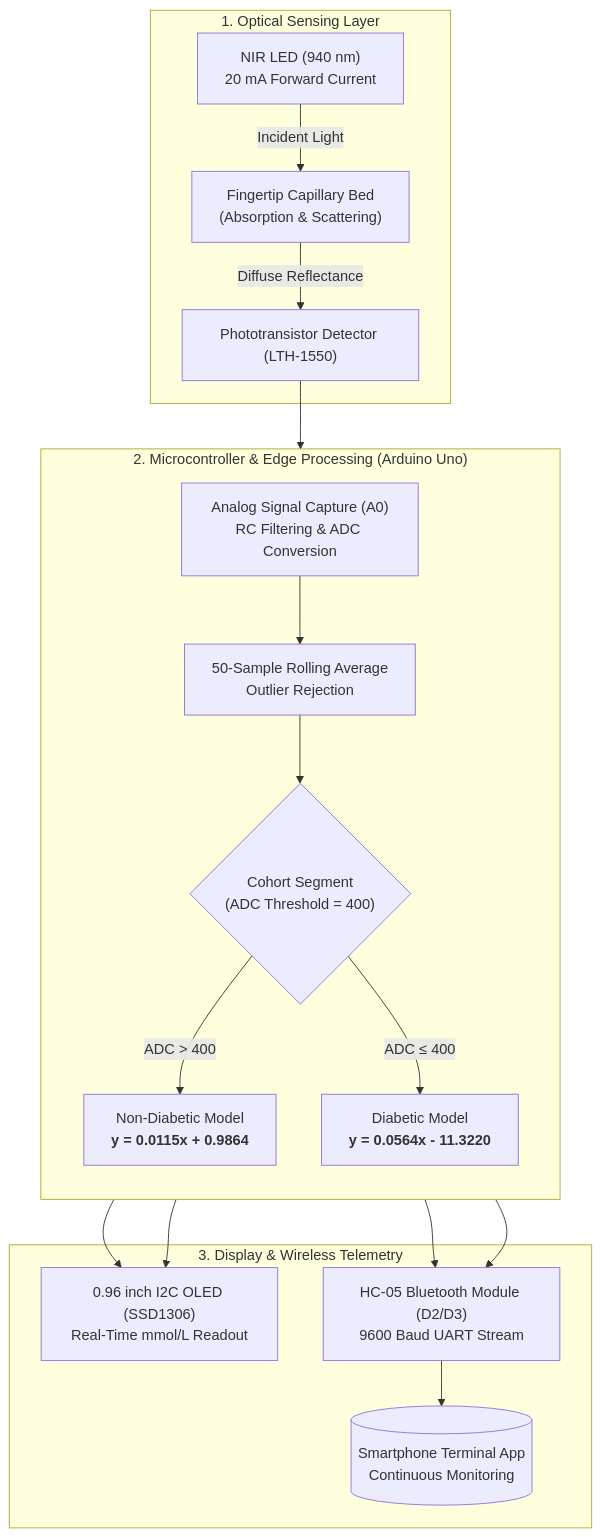
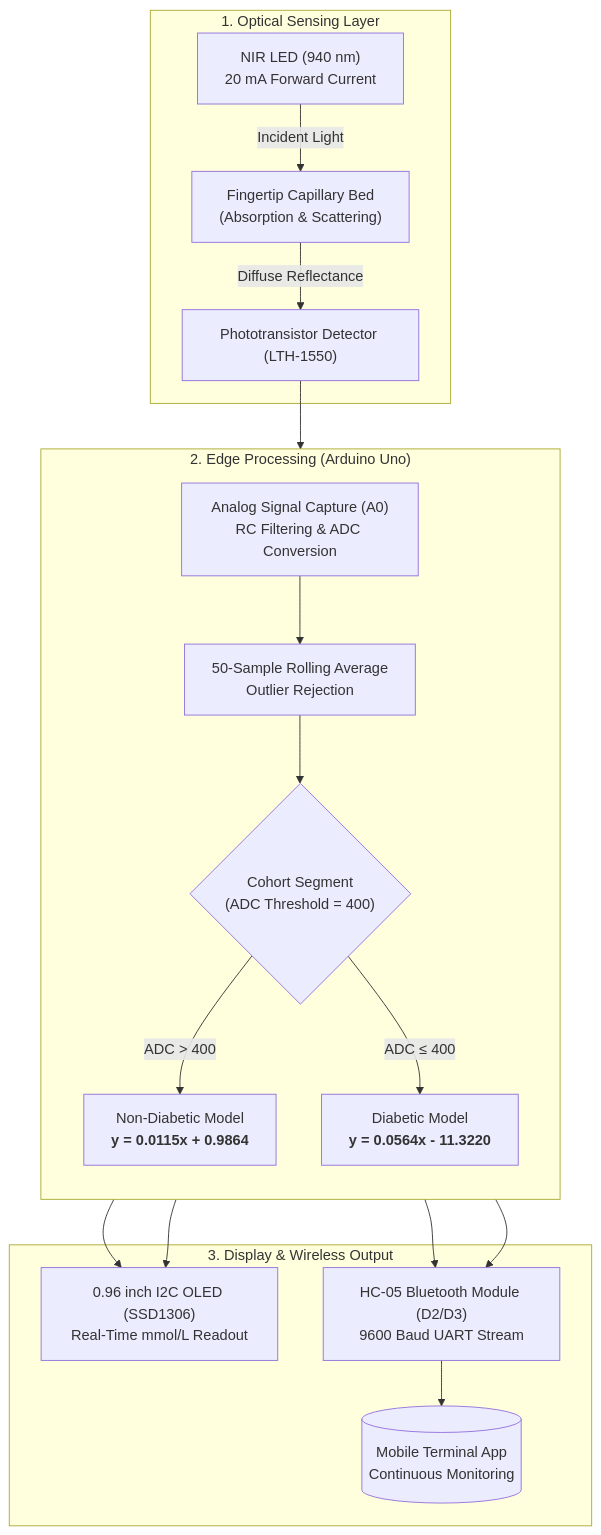
Before and after one commit to dippaul-dp/non-invasive-glucose-monitoring-nir: the diagram in README.md, drawn with Mermaid. The commit also changed other lines of this file, not shown here.

````diff
--- a/README.md
+++ b/README.md
@@ -17,34 +17,34 @@
 ```mermaid
 flowchart TD
     subgraph OPTICS ["1. Optical Sensing Layer"]
         A["NIR LED (940 nm)<br/>20 mA Forward Current"] -->|"Incident Light"| B["Fingertip Capillary Bed<br/>(Absorption & Scattering)"]
         B -->|"Diffuse Reflectance"| C["Phototransistor Detector (LTH-1550)"]
     end
 
-    subgraph EDGE ["2. Microcontroller & Edge Processing (Arduino Uno)"]
+    subgraph EDGE ["2. Edge Processing (Arduino Uno)"]
         direction TB
         D["Analog Signal Capture (A0)<br/>RC Filtering & ADC Conversion"]
         E["50-Sample Rolling Average<br/>Outlier Rejection"]
         F{"Cohort Segment<br/>(ADC Threshold = 400)"}
         G["Non-Diabetic Model<br/><b>y = 0.0115x + 0.9864</b>"]
         H["Diabetic Model<br/><b>y = 0.0564x - 11.3220</b>"]
 
         D --> E --> F
         F -- "ADC > 400" --> G
         F -- "ADC ≤ 400" --> H
     end
 
-    subgraph TELEMETRY ["3. Display & Wireless Telemetry"]
+    subgraph TELEMETRY ["3. Display & Wireless Output"]
         I["0.96 inch I2C OLED (SSD1306)<br/>Real-Time mmol/L Readout"]
         J["HC-05 Bluetooth Module (D2/D3)<br/>9600 Baud UART Stream"]
-        K[("Smartphone Terminal App<br/>Continuous Monitoring")]
+        K[("Mobile Terminal App<br/>Continuous Monitoring")]
         
         G --> I
         H --> I
         G --> J
         H --> J
         J --> K
     end
 
     C --> D
 ```
````
